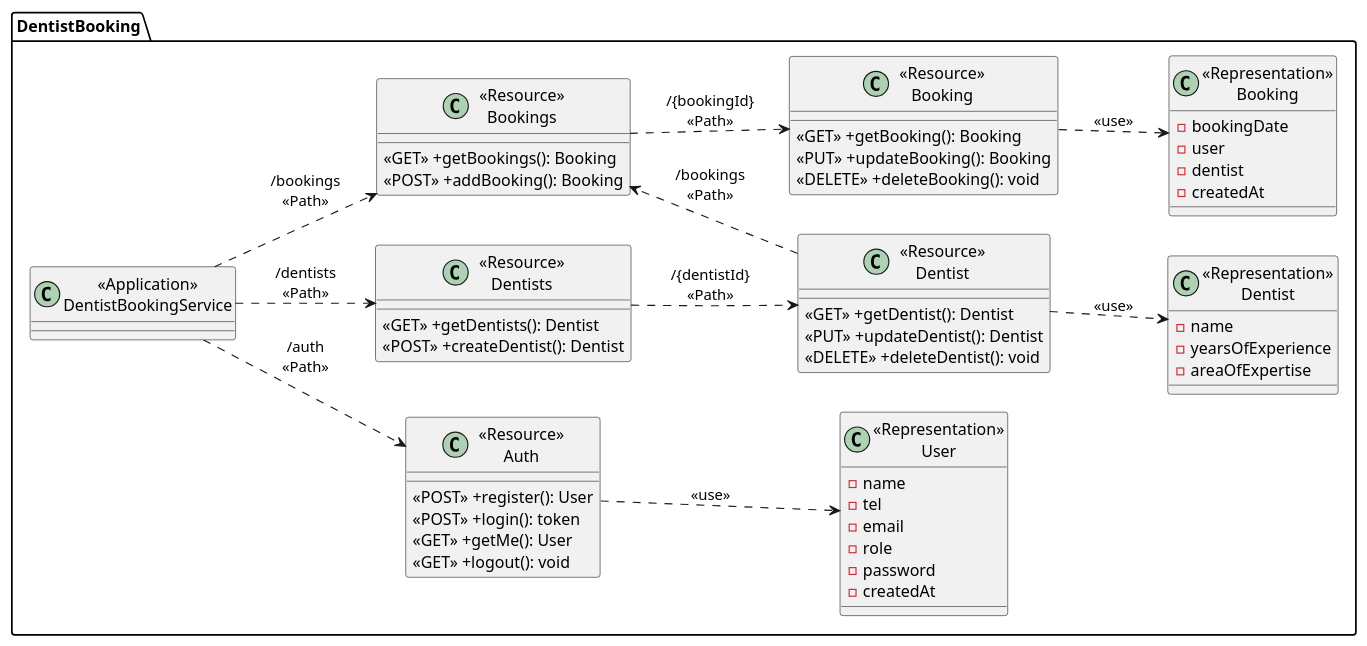
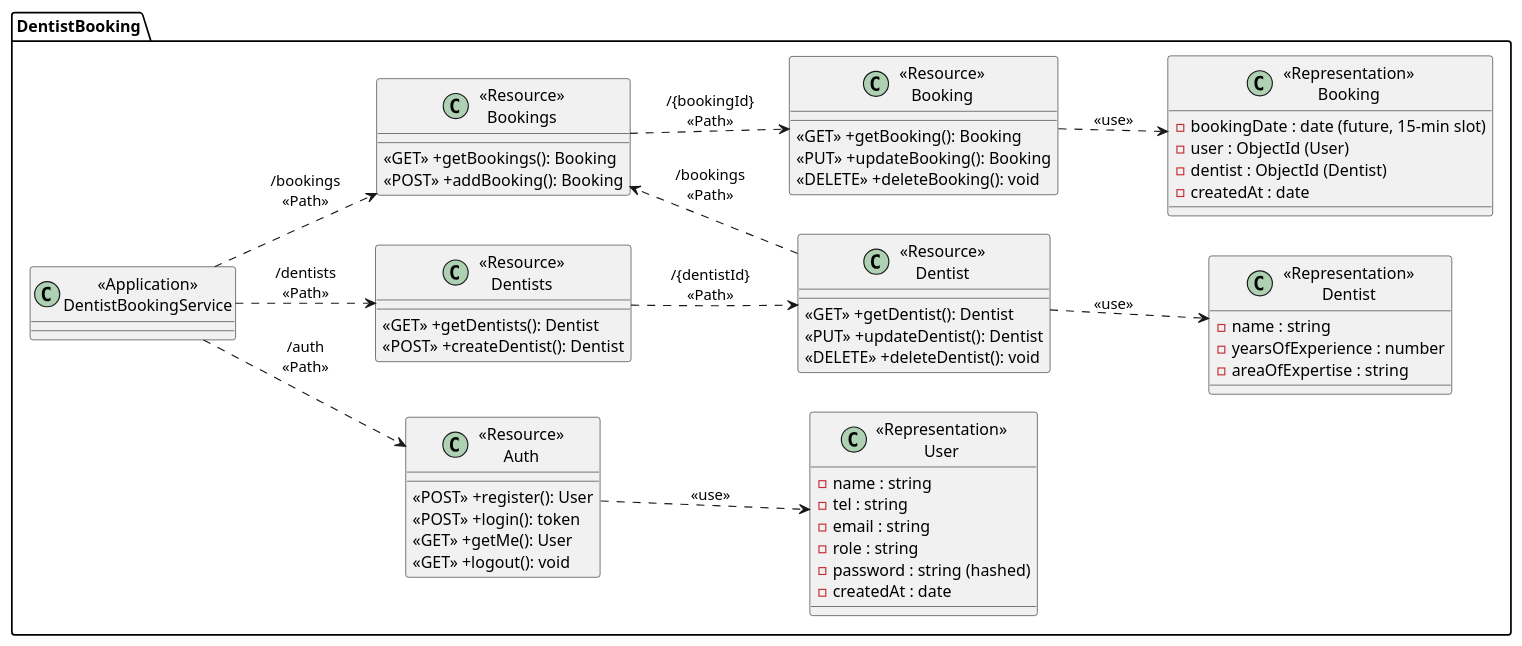
One commit to chocolate-coated-strawberry/2110503_dentist-booking changed the diagram in docs/diagrams/class.puml. Above: the diagram before and after it, drawn with PlantUML. The commit also changed 1 other file, not shown here.

Commit message:
docs(diagrams): add attribute types to the UML profile class diagram
Matches the per-resource profiles in the project document: string/number/date
types, hashed password, and the booking date rule (future, 15-minute slot).

```diff
--- a/docs/diagrams/class.puml
+++ b/docs/diagrams/class.puml
@@ -1,68 +1,68 @@
 @startuml Dentist Booking Class Diagram
 left to right direction
 package "DentistBooking"{
     class "<<Application>>\nDentistBookingService" as DentistBookingService{}
 
     class "<<Resource>>\nAuth" as ResourceAuth{
         <<POST>> +register(): User
         <<POST>> +login(): token
         <<GET>> +getMe(): User
         <<GET>> +logout(): void
     }
 
     class "<<Representation>>\nUser" as RepresentationUser{
-        -name
-        -tel
-        -email
-        -role
-        -password
-        -createdAt
+        -name : string
+        -tel : string
+        -email : string
+        -role : string
+        {field} -password : string (hashed)
+        -createdAt : date
     }
 
     class "<<Resource>>\nDentists" as ResourceDentists{
         <<GET>> +getDentists(): Dentist
         <<POST>> +createDentist(): Dentist
     }
 
     class "<<Resource>>\nDentist" as ResourceDentist{
         <<GET>> +getDentist(): Dentist
         <<PUT>> +updateDentist(): Dentist
         <<DELETE>> +deleteDentist(): void
     }
 
     class "<<Representation>>\nDentist" as RepresentationDentist{
-        -name
-        -yearsOfExperience
-        -areaOfExpertise
+        -name : string
+        -yearsOfExperience : number
+        -areaOfExpertise : string
     }
 
     class "<<Resource>>\nBookings" as ResourceBookings{
         <<GET>> +getBookings(): Booking
         <<POST>> +addBooking(): Booking
     }
 
     class "<<Resource>>\nBooking" as ResourceBooking{
         <<GET>> +getBooking(): Booking
         <<PUT>> +updateBooking(): Booking
         <<DELETE>> +deleteBooking(): void
     }
 
     class "<<Representation>>\nBooking" as RepresentationBooking{
-        -bookingDate
-        -user
-        -dentist
-        -createdAt
+        {field} -bookingDate : date (future, 15-min slot)
+        {field} -user : ObjectId (User)
+        {field} -dentist : ObjectId (Dentist)
+        -createdAt : date
     }
 }
 
 DentistBookingService ..> ResourceAuth:"/auth\n<<Path>>"
 ResourceAuth ..> RepresentationUser:"<<use>>"
 DentistBookingService ..> ResourceDentists:"/dentists\n<<Path>>"
 ResourceDentists ..> ResourceDentist:"/{dentistId}\n<<Path>>"
 ResourceDentist ..> RepresentationDentist:"<<use>>"
 ResourceDentist .[norank].> ResourceBookings:"/bookings\n<<Path>>"
 DentistBookingService ..> ResourceBookings:"/bookings\n<<Path>>"
 ResourceBookings ..> ResourceBooking:"/{bookingId}\n<<Path>>"
 ResourceBooking ..> RepresentationBooking:"<<use>>"
 
 @enduml
```
